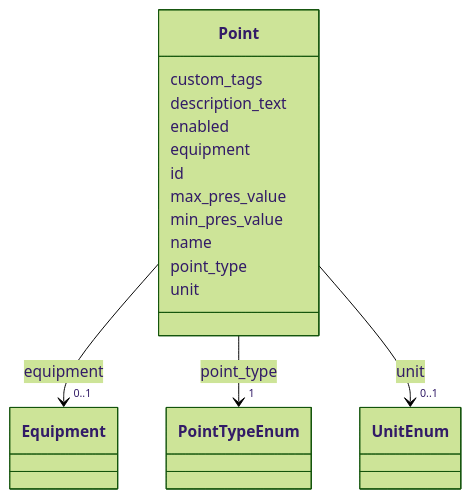
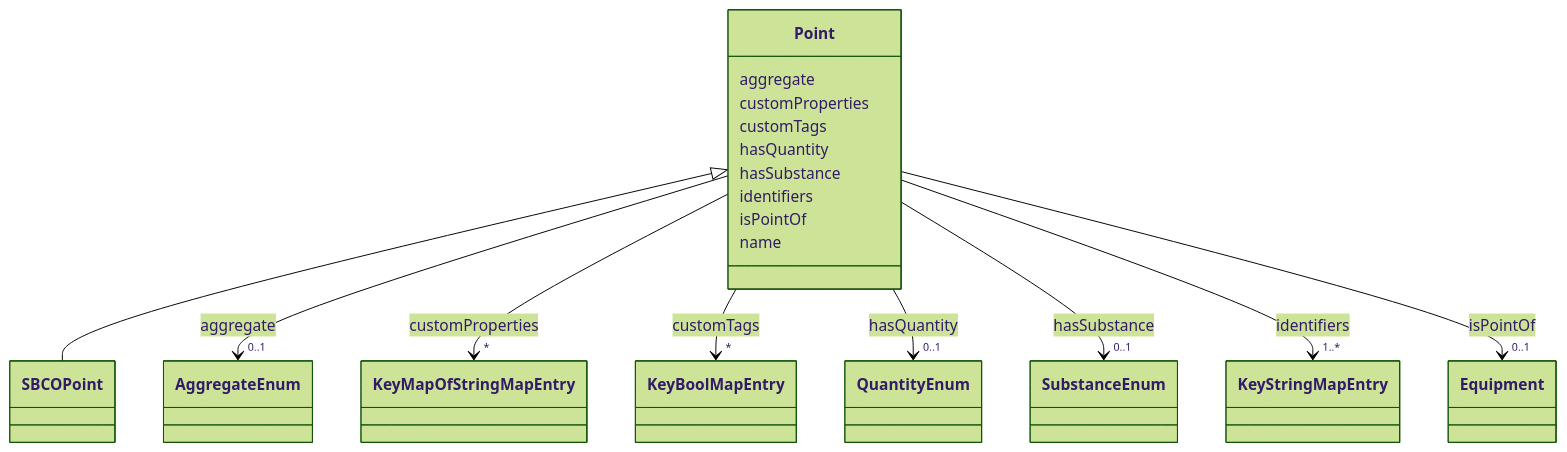
Before and after one commit to takashikasuya/smartbuiding_ontology: the diagram in docs/Point.md, drawn with Mermaid (forest theme). The commit also changed other lines of this file and 85 other files, not shown here.

````diff
--- a/docs/Point.md
+++ b/docs/Point.md
@@ -19,52 +19,87 @@
  classDiagram
     class Point
     click Point href "../Point/"
-      Point : custom_tags
-        
-      Point : description_text
-        
-      Point : enabled
-        
-      Point : equipment
+      Point <|-- SBCOPoint
+        click SBCOPoint href "../SBCOPoint/"
+      
+      Point : aggregate
         
           
     
         
         
-        Point --> "0..1" Equipment : equipment
-        click Equipment href "../Equipment/"
+        Point --> "0..1" AggregateEnum : aggregate
+        click AggregateEnum href "../AggregateEnum/"
     
 
         
-      Point : id
-        
-      Point : max_pres_value
-        
-      Point : min_pres_value
-        
-      Point : name
-        
-      Point : point_type
+      Point : customProperties
         
           
     
         
         
-        Point --> "1" PointTypeEnum : point_type
-        click PointTypeEnum href "../PointTypeEnum/"
+        Point --> "*" KeyMapOfStringMapEntry : customProperties
+        click KeyMapOfStringMapEntry href "../KeyMapOfStringMapEntry/"
     
 
         
-      Point : unit
+      Point : customTags
         
           
     
         
         
-        Point --> "0..1" UnitEnum : unit
-        click UnitEnum href "../UnitEnum/"
+        Point --> "*" KeyBoolMapEntry : customTags
+        click KeyBoolMapEntry href "../KeyBoolMapEntry/"
     
 
         
+      Point : hasQuantity
+        
+          
+    
+        
+        
+        Point --> "0..1" QuantityEnum : hasQuantity
+        click QuantityEnum href "../QuantityEnum/"
+    
+
+        
+      Point : hasSubstance
+        
+          
+    
+        
+        
+        Point --> "0..1" SubstanceEnum : hasSubstance
+        click SubstanceEnum href "../SubstanceEnum/"
+    
+
+        
+      Point : identifiers
+        
+          
+    
+        
+        
+        Point --> "1..*" KeyStringMapEntry : identifiers
+        click KeyStringMapEntry href "../KeyStringMapEntry/"
+    
+
+        
+      Point : isPointOf
+        
+          
+    
+        
+        
+        Point --> "0..1" Equipment : isPointOf
+        click Equipment href "../Equipment/"
+    
+
+        
+      Point : name
+        
       
 ```
````
